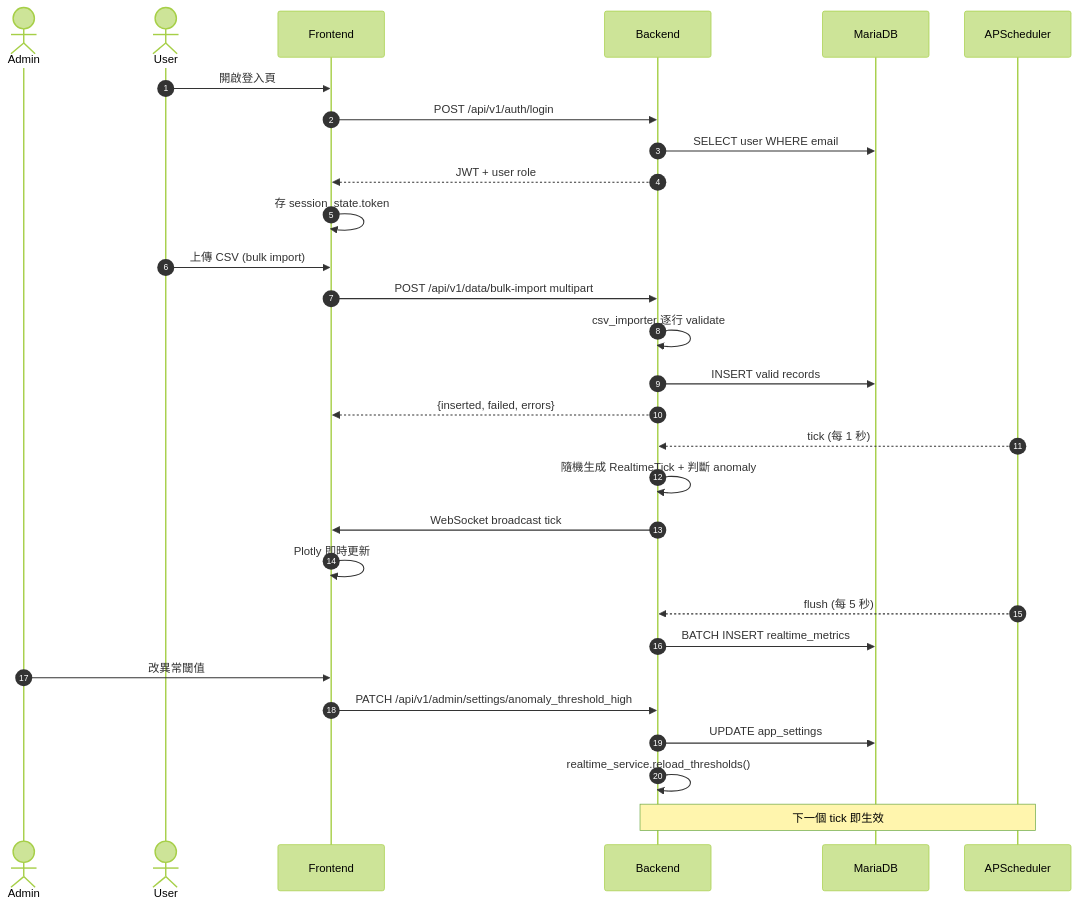
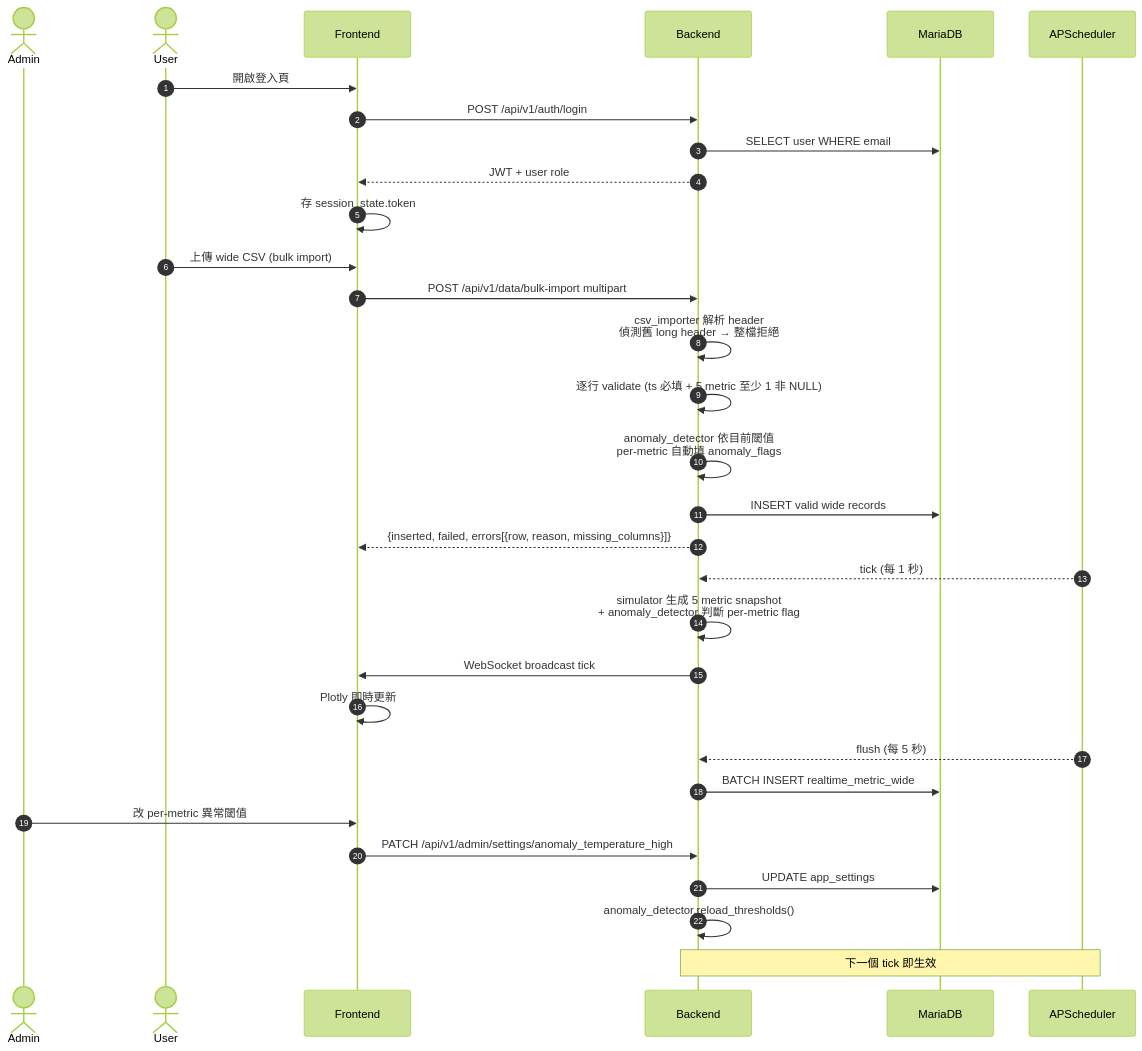
Before and after one commit to DennisPai/Wiwynn_test_Real-time-data-analysis-and-monitoring-system: the second of 4 diagrams in docs/architecture.md, drawn with Mermaid (forest theme). The commit also changed other lines of this file and 1 other file, not shown here.

First line of the commit message:
docs: update README + architecture for wide schema

````diff
--- a/docs/architecture.md
+++ b/docs/architecture.md
@@ -34,36 +34,38 @@
 ```mermaid
 sequenceDiagram
   autonumber
   actor Admin
   actor User
   participant Frontend
   participant Backend
   participant DB as MariaDB
   participant Scheduler as APScheduler
 
   User->>Frontend: 開啟登入頁
   Frontend->>Backend: POST /api/v1/auth/login
   Backend->>DB: SELECT user WHERE email
   Backend-->>Frontend: JWT + user role
   Frontend->>Frontend: 存 session_state.token
 
-  User->>Frontend: 上傳 CSV (bulk import)
+  User->>Frontend: 上傳 wide CSV (bulk import)
   Frontend->>Backend: POST /api/v1/data/bulk-import multipart
-  Backend->>Backend: csv_importer 逐行 validate
-  Backend->>DB: INSERT valid records
-  Backend-->>Frontend: {inserted, failed, errors}
+  Backend->>Backend: csv_importer 解析 header<br/>偵測舊 long header → 整檔拒絕
+  Backend->>Backend: 逐行 validate (ts 必填 + 5 metric 至少 1 非 NULL)
+  Backend->>Backend: anomaly_detector 依目前閾值<br/>per-metric 自動填 anomaly_flags
+  Backend->>DB: INSERT valid wide records
+  Backend-->>Frontend: {inserted, failed, errors[{row, reason, missing_columns}]}
 
   Scheduler-->>Backend: tick (每 1 秒)
-  Backend->>Backend: 隨機生成 RealtimeTick + 判斷 anomaly
+  Backend->>Backend: simulator 生成 5 metric snapshot<br/>+ anomaly_detector 判斷 per-metric flag
   Backend->>Frontend: WebSocket broadcast tick
   Frontend->>Frontend: Plotly 即時更新
 
   Scheduler-->>Backend: flush (每 5 秒)
-  Backend->>DB: BATCH INSERT realtime_metrics
+  Backend->>DB: BATCH INSERT realtime_metric_wide
 
-  Admin->>Frontend: 改異常閾值
-  Frontend->>Backend: PATCH /api/v1/admin/settings/anomaly_threshold_high
+  Admin->>Frontend: 改 per-metric 異常閾值
+  Frontend->>Backend: PATCH /api/v1/admin/settings/anomaly_temperature_high
   Backend->>DB: UPDATE app_settings
-  Backend->>Backend: realtime_service.reload_thresholds()
+  Backend->>Backend: anomaly_detector.reload_thresholds()
   Note over Scheduler,Backend: 下一個 tick 即生效
 ```
````
